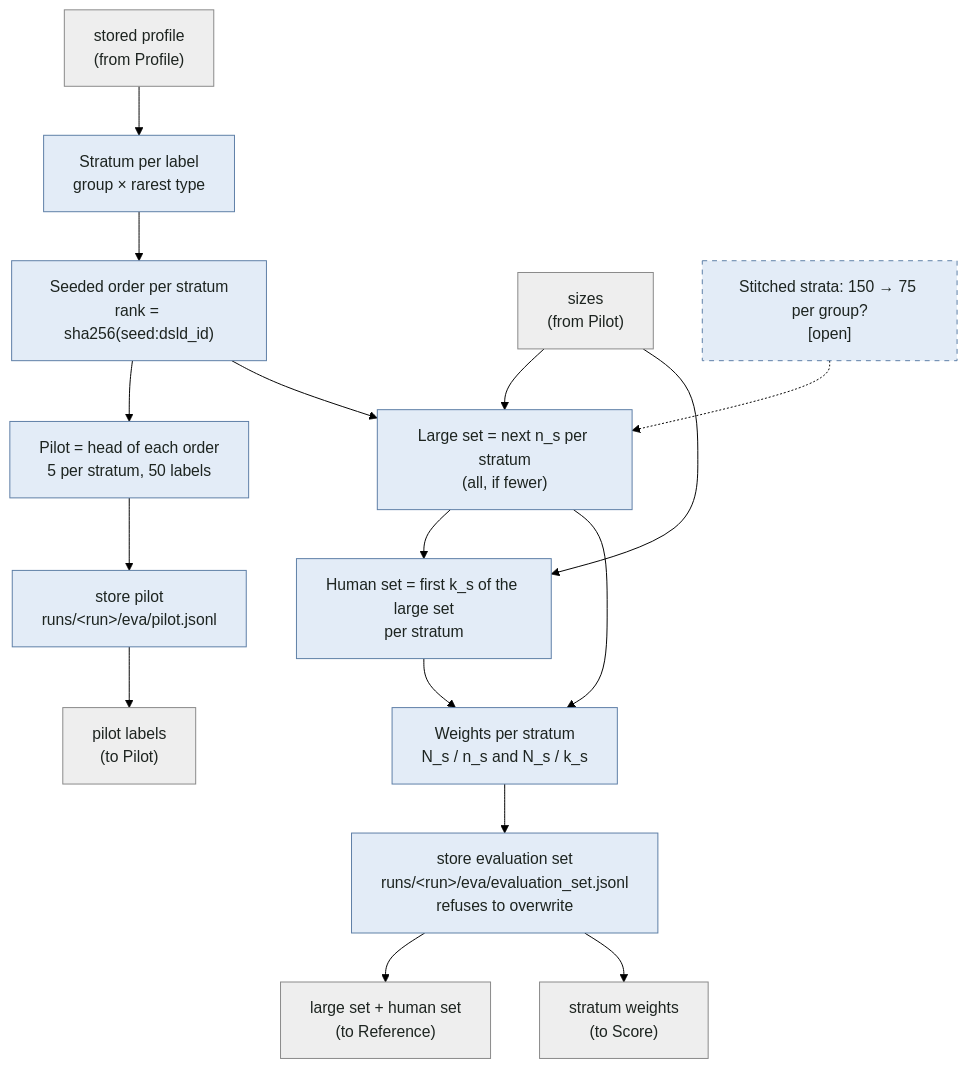
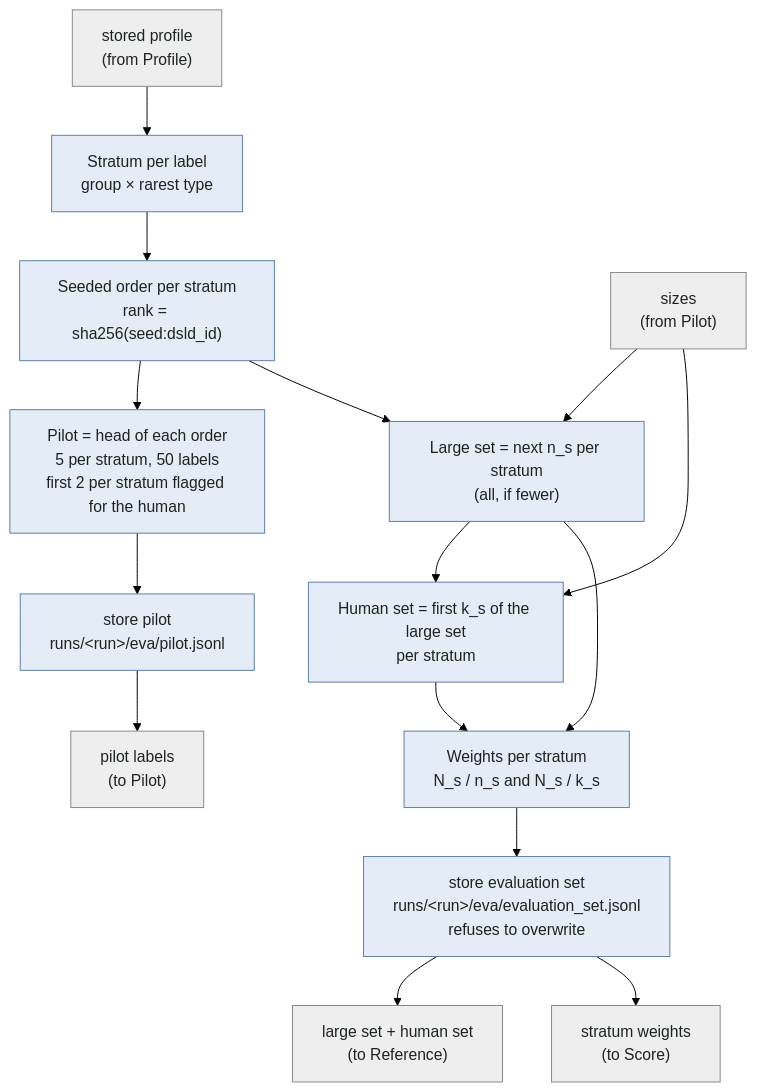
One commit to liyanfeng129/supplement-kg changed the diagram in docs/specs/0011-extraction-evaluation/02-sample.md. Above: the diagram before and after it, drawn with Mermaid (forest theme). The commit also changed other lines of this file and 3 other files, not shown here.

First line of the commit message:
docs(spec 0011): rules and human sheet specs; close the pilot

````diff
--- a/docs/specs/0011-extraction-evaluation/02-sample.md
+++ b/docs/specs/0011-extraction-evaluation/02-sample.md
@@ -59,33 +60,30 @@
 ```mermaid
 flowchart TD
   IN["stored profile<br/>(from Profile)"]:::io
   STRAT["Stratum per label<br/>group × rarest type"]:::auto
   RANK["Seeded order per stratum<br/>rank = sha256(seed:dsld_id)"]:::auto
-  PILOT["Pilot = head of each order<br/>5 per stratum, 50 labels"]:::auto
+  PILOT["Pilot = head of each order<br/>5 per stratum, 50 labels<br/>first 2 per stratum flagged for the human"]:::auto
   PSTORE["store pilot<br/>runs/&lt;run&gt;/eva/pilot.jsonl"]:::auto
   SIZES["sizes<br/>(from Pilot)"]:::io
-  CUT["Stitched strata: 150 → 75 per group?<br/>[open]"]:::auto
   LARGE["Large set = next n_s per stratum<br/>(all, if fewer)"]:::auto
   HUMAN["Human set = first k_s of the large set<br/>per stratum"]:::auto
   W["Weights per stratum<br/>N_s / n_s and N_s / k_s"]:::auto
   STORE["store evaluation set<br/>runs/&lt;run&gt;/eva/evaluation_set.jsonl<br/>refuses to overwrite"]:::auto
   OUT0["pilot labels<br/>(to Pilot)"]:::io
   OUT1["large set + human set<br/>(to Reference)"]:::io
   OUT2["stratum weights<br/>(to Score)"]:::io
 
   IN --> STRAT --> RANK --> PILOT --> PSTORE --> OUT0
   RANK --> LARGE
   SIZES --> LARGE
   SIZES --> HUMAN
-  CUT -.-> LARGE
   LARGE --> HUMAN
   LARGE --> W
   HUMAN --> W
   W --> STORE
   STORE --> OUT1
   STORE --> OUT2
 
   classDef auto fill:#e3ecf7,stroke:#5d7ea6,color:#1d2420
   classDef io fill:#eeeeee,stroke:#888888,color:#1d2420
-  style CUT stroke-dasharray: 5 5
 ```
````
